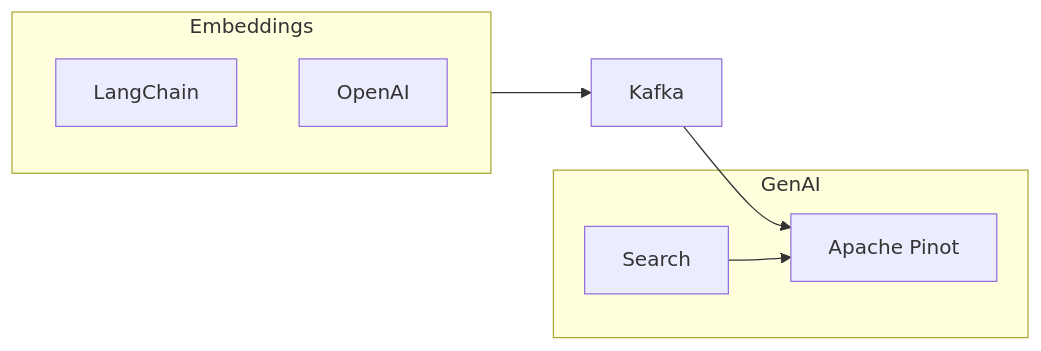
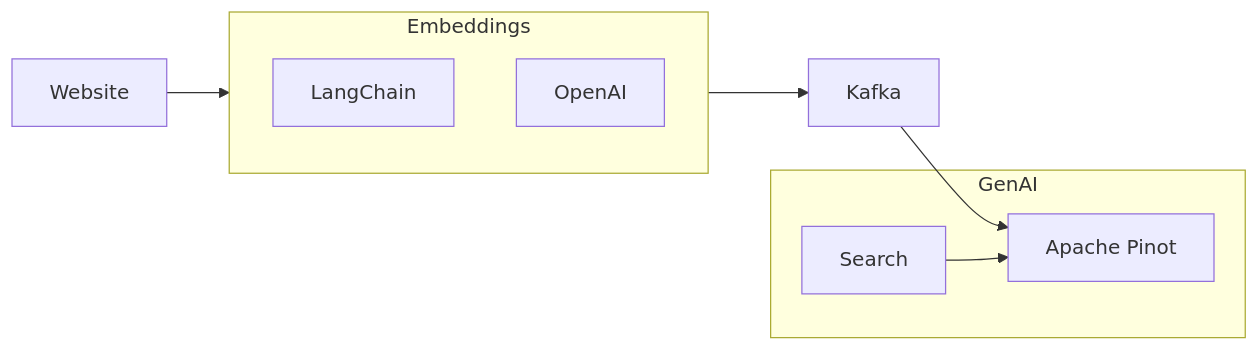
The diagram in recipes/genai/README.md (startreedata/pinot-recipes), drawn with Mermaid before and after one commit. The commit also changed other lines of this file and 2 other files, not shown here.

````diff
--- a/recipes/genai/README.md
+++ b/recipes/genai/README.md
@@ -5,16 +5,17 @@
 ```mermaid
 flowchart LR
+
+Website-->ie
 
 subgraph ie[Embeddings]
 LangChain
 OpenAI
 end
 
 ie-->k[Kafka]
 k-->p[Apache Pinot]
 
 subgraph GenAI
 Search-->p
 end
-
 ```
````
